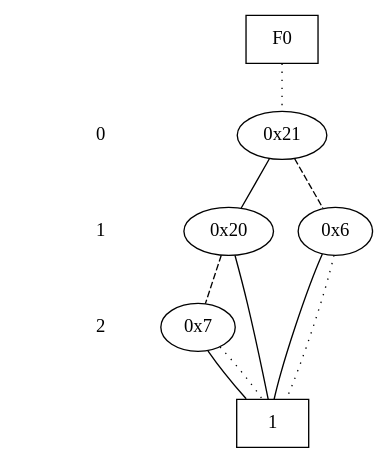
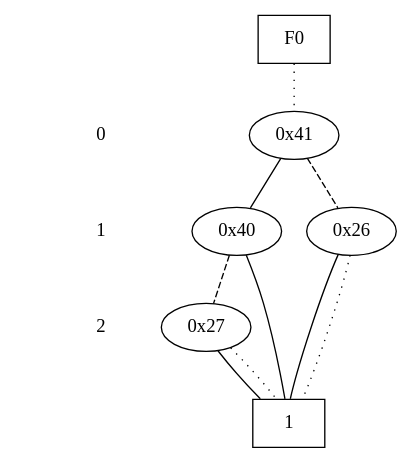
The diagram in lab3/src/out.dot (Luke2336/EDA_2021_Spring), drawn with Graphviz before and after one commit. The commit also changed 7 other files, not shown here.

```diff
--- a/lab3/src/out.dot
+++ b/lab3/src/out.dot
@@ -1,36 +1,36 @@
 digraph "DD" {
 size = "7.5,10"
 center = true;
 edge [dir = none];
 { node [shape = plaintext];
   edge [style = invis];
   "CONST NODES" [style = invis];
 " 0 " -> " 1 " -> " 2 " -> "CONST NODES"; 
 }
 { rank = same; node [shape = box]; edge [style = invis];
 "F0"; }
 { rank = same; " 0 ";
-"0x21";
+"0x41";
 }
 { rank = same; " 1 ";
-"0x20";
-"0x6";
+"0x40";
+"0x26";
 }
 { rank = same; " 2 ";
-"0x7";
+"0x27";
 }
 { rank = same; "CONST NODES";
-{ node [shape = box]; "0x1";
+{ node [shape = box]; "0x21";
 }
 }
-"F0" -> "0x21" [style = dotted];
-"0x21" -> "0x20";
-"0x21" -> "0x6" [style = dashed];
-"0x20" -> "0x1";
-"0x20" -> "0x7" [style = dashed];
-"0x6" -> "0x1";
-"0x6" -> "0x1" [style = dotted];
-"0x7" -> "0x1";
-"0x7" -> "0x1" [style = dotted];
-"0x1" [label = "1"];
+"F0" -> "0x41" [style = dotted];
+"0x41" -> "0x40";
+"0x41" -> "0x26" [style = dashed];
+"0x40" -> "0x21";
+"0x40" -> "0x27" [style = dashed];
+"0x26" -> "0x21";
+"0x26" -> "0x21" [style = dotted];
+"0x27" -> "0x21";
+"0x27" -> "0x21" [style = dotted];
+"0x21" [label = "1"];
 }
```
